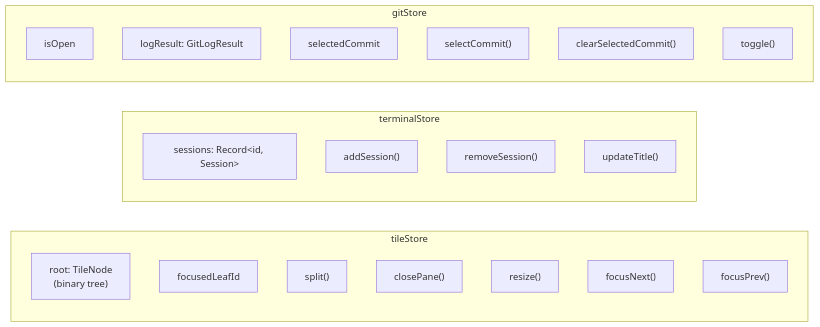
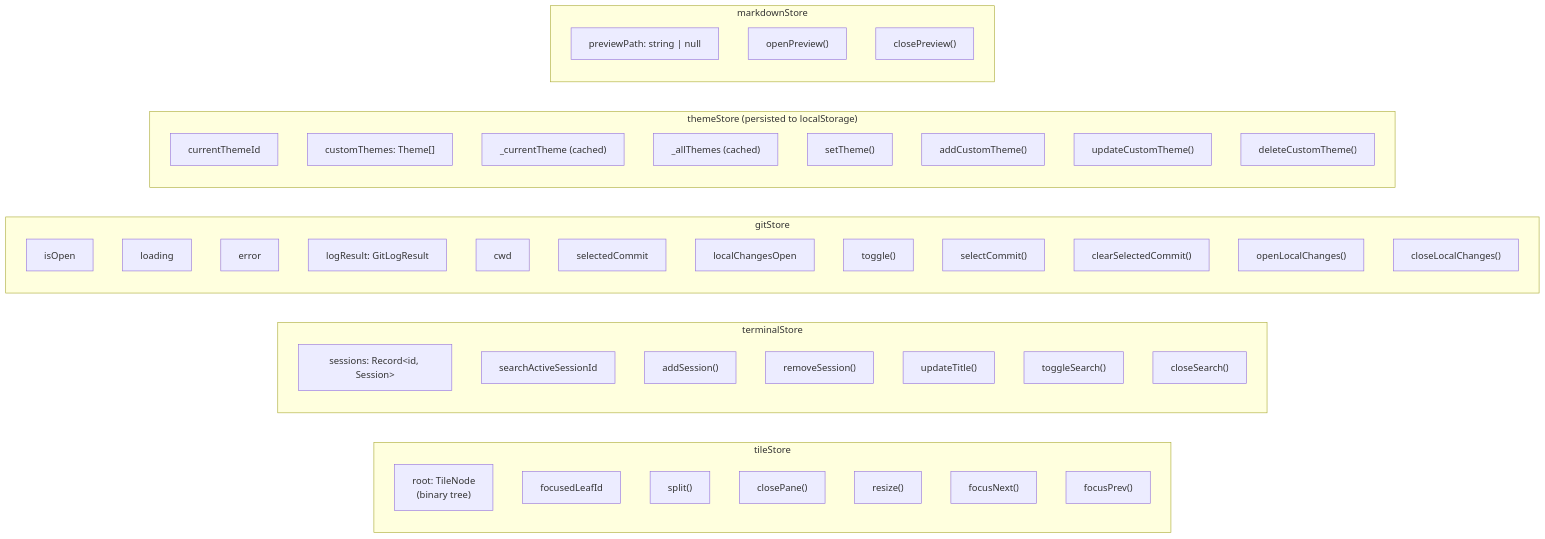
The second of 7 diagrams in ARCHITECTURE.md (StHaes/terminal-plus), drawn with Mermaid before and after one commit. The commit also changed other lines of this file, not shown here.

First line of the commit message:
Update ARCHITECTURE.md to reflect current codebase

````diff
--- a/ARCHITECTURE.md
+++ b/ARCHITECTURE.md
@@ -163,28 +236,54 @@
 ```mermaid
 graph LR
     subgraph tileStore
         root["root: TileNode<br/>(binary tree)"]
         focusedLeafId["focusedLeafId"]
         split["split()"]
         closePane["closePane()"]
         resize["resize()"]
         focusNext["focusNext()"]
         focusPrev["focusPrev()"]
     end
 
     subgraph terminalStore
         sessions["sessions: Record&lt;id, Session&gt;"]
+        searchActiveSessionId["searchActiveSessionId"]
         addSession["addSession()"]
         removeSession["removeSession()"]
         updateTitle["updateTitle()"]
+        toggleSearch["toggleSearch()"]
+        closeSearch["closeSearch()"]
     end
 
     subgraph gitStore
         isOpen["isOpen"]
+        loading["loading"]
+        error["error"]
         logResult["logResult: GitLogResult"]
+        cwd["cwd"]
         selectedCommit["selectedCommit"]
+        localChangesOpen["localChangesOpen"]
+        toggle["toggle()"]
         selectCommit["selectCommit()"]
         clearSelectedCommit["clearSelectedCommit()"]
-        toggle["toggle()"]
+        openLocalChanges["openLocalChanges()"]
+        closeLocalChanges["closeLocalChanges()"]
+    end
+
+    subgraph themeStore ["themeStore (persisted to localStorage)"]
+        currentThemeId["currentThemeId"]
+        customThemes["customThemes: Theme[]"]
+        _currentTheme["_currentTheme (cached)"]
+        _allThemes["_allThemes (cached)"]
+        setTheme["setTheme()"]
+        addCustomTheme["addCustomTheme()"]
+        updateCustomTheme["updateCustomTheme()"]
+        deleteCustomTheme["deleteCustomTheme()"]
+    end
+
+    subgraph markdownStore
+        previewPath["previewPath: string | null"]
+        openPreview["openPreview()"]
+        closePreview["closePreview()"]
     end
 ```
````
